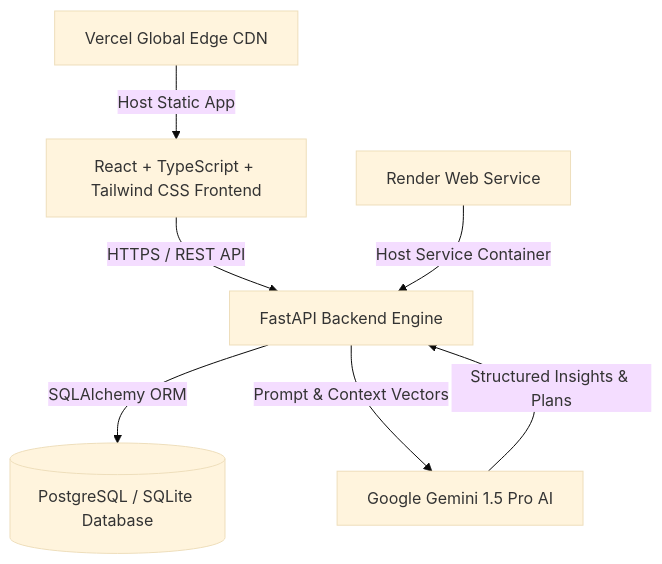
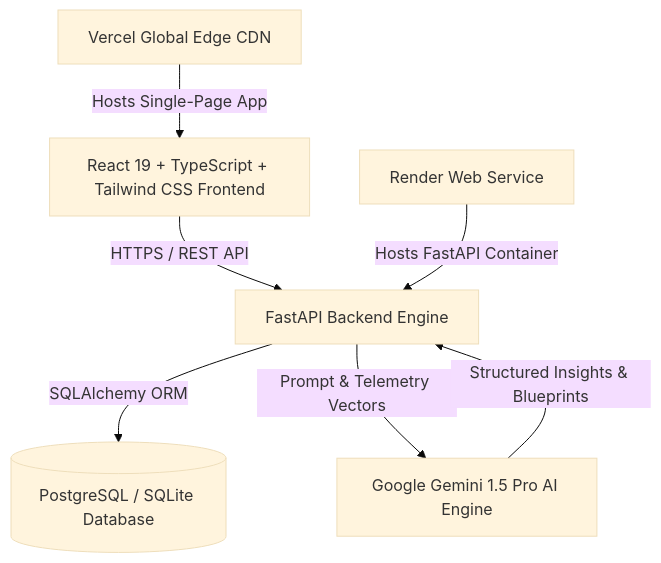
The diagram in docs/ARCHITECTURE.md (star0089/ProjectMindi-ai), drawn with Mermaid (base theme) before and after one commit. The commit also changed other lines of this file and 1 other file, not shown here.

Commit message:
docs: update API documentation, OpenAPI reference, system architecture, and ER diagram for ProjectPilot AI

````diff
--- a/docs/ARCHITECTURE.md
+++ b/docs/ARCHITECTURE.md
@@ -9,16 +9,16 @@
 ```mermaid
 graph TD
-    Client[React + TypeScript + Tailwind CSS Frontend]
+    Client[React 19 + TypeScript + Tailwind CSS Frontend]
     Vercel[Vercel Global Edge CDN]
     API[FastAPI Backend Engine]
     Render[Render Web Service]
     DB[(PostgreSQL / SQLite Database)]
-    Gemini[Google Gemini 1.5 Pro AI]
+    Gemini[Google Gemini 1.5 Pro AI Engine]
 
     Client -->|HTTPS / REST API| API
-    Vercel -->|Host Static App| Client
-    Render -->|Host Service Container| API
+    Vercel -->|Hosts Single-Page App| Client
+    Render -->|Hosts FastAPI Container| API
     API -->|SQLAlchemy ORM| DB
-    API -->|Prompt & Context Vectors| Gemini
-    Gemini -->|Structured Insights & Plans| API
+    API -->|Prompt & Telemetry Vectors| Gemini
+    Gemini -->|Structured Insights & Blueprints| API
 ```
````
